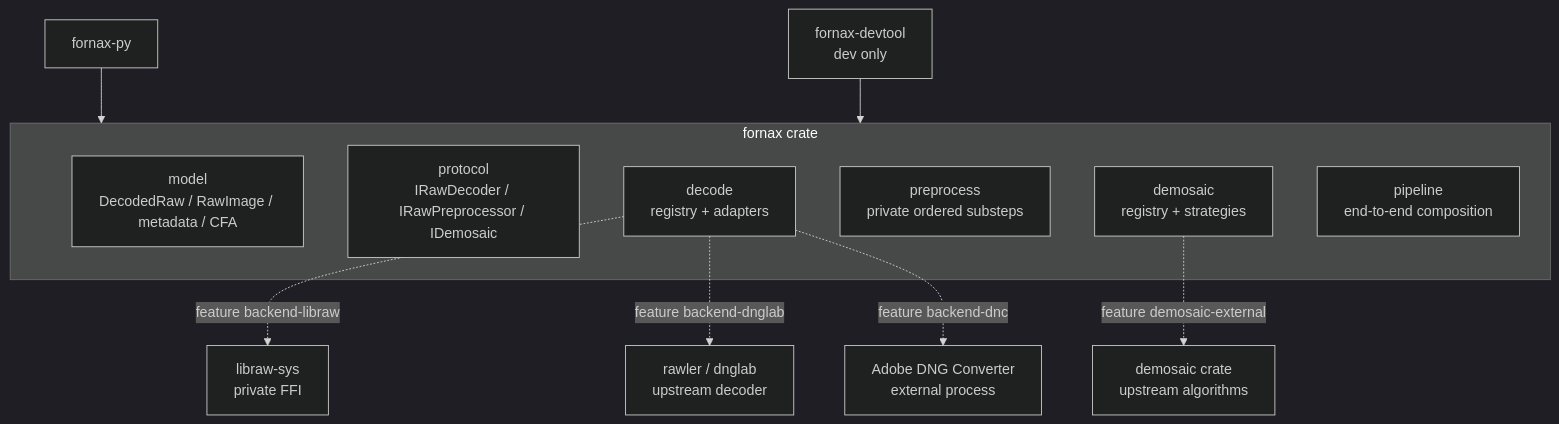
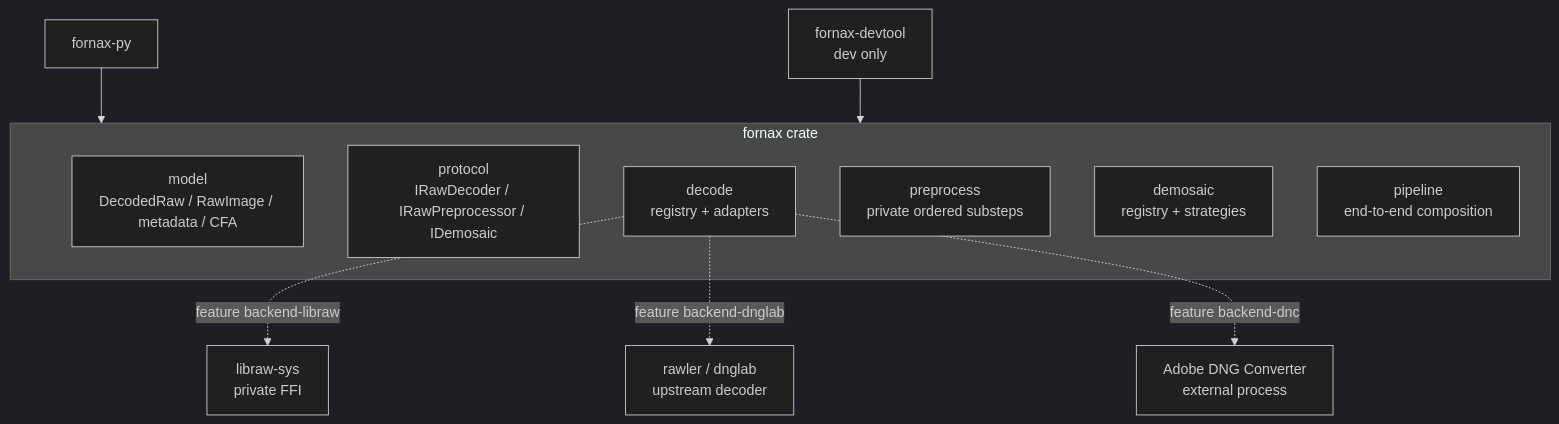
The diagram in docs/raw-pipeline/architecture.md (Glatzel/fornax), drawn with Mermaid (dark theme) before and after one commit. The commit also changed other lines of this file and 6 other files, not shown here.

````diff
--- a/docs/raw-pipeline/architecture.md
+++ b/docs/raw-pipeline/architecture.md
@@ -13,19 +13,17 @@
 ```mermaid
 flowchart TB
     subgraph Fornax["fornax crate"]
         Model["model\nDecodedRaw / RawImage / metadata / CFA"]
         Protocol["protocol\nIRawDecoder / IRawPreprocessor / IDemosaic"]
         Decode["decode\nregistry + adapters"]
         Preprocess["preprocess\nprivate ordered substeps"]
         Demosaic["demosaic\nregistry + strategies"]
         Pipeline["pipeline\nend-to-end composition"]
     end
 
     Decode -. feature backend-libraw .-> LibRawSys["libraw-sys\nprivate FFI"]
     Decode -. feature backend-dnglab .-> Rawler["rawler / dnglab\nupstream decoder"]
     Decode -. feature backend-dnc .-> DNC["Adobe DNG Converter\nexternal process"]
-    Demosaic -. feature demosaic-external .-> DemosaicCrate["demosaic crate\nupstream algorithms"]
-
     Python["fornax-py"] --> Fornax
     Dev["fornax-devtool\ndev only"] --> Fornax
 ```
````
